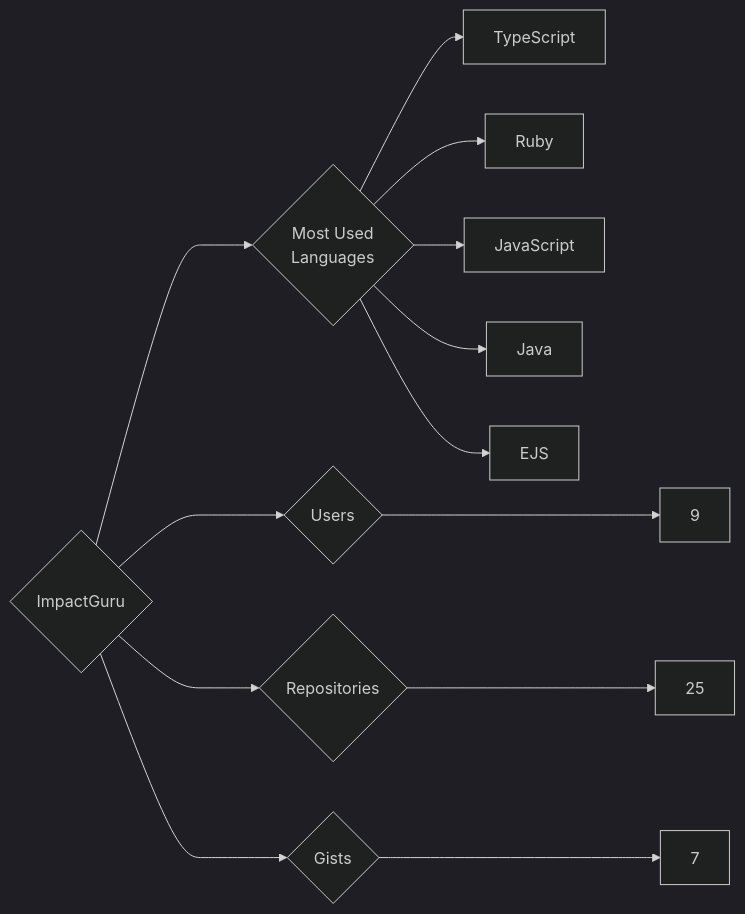
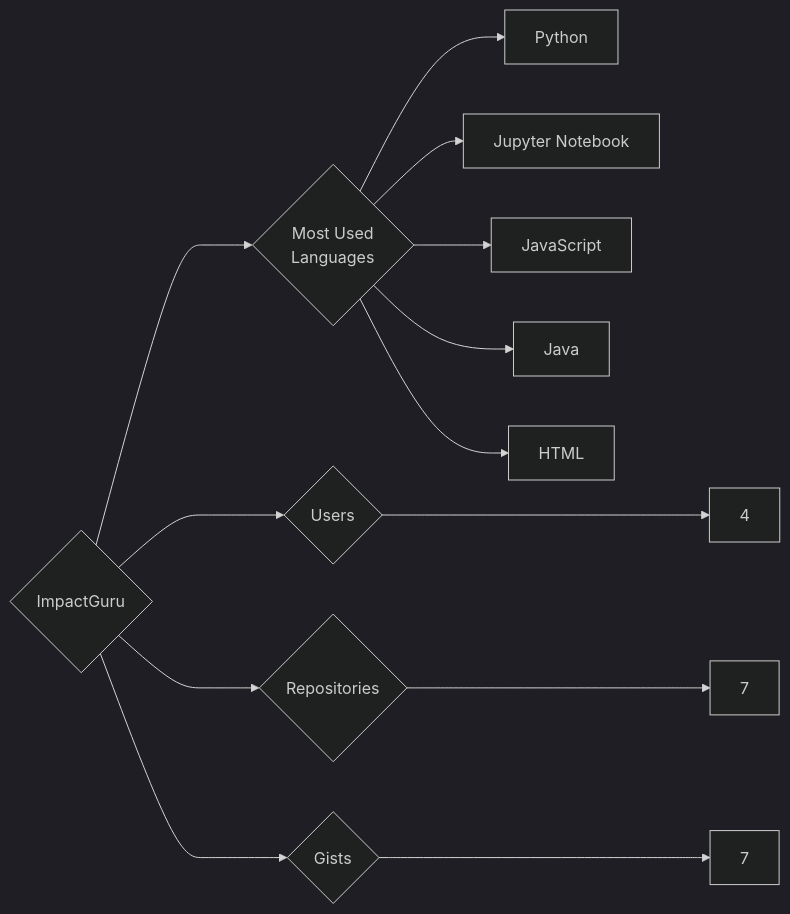
One commit to trickest/insiders changed the diagram in targets/ImpactGuru/README.md. Above: the diagram before and after it, drawn with Mermaid (dark theme). The commit also changed 916 other files, not shown here.

````diff
--- a/targets/ImpactGuru/README.md
+++ b/targets/ImpactGuru/README.md
@@ -3,13 +3,13 @@
 ```mermaid
 graph LR
 COMPANY_NAME{ImpactGuru}
-COMPANY_NAME ---> U{Users} ---> UN[9]
-COMPANY_NAME ---> R{Repositories} ---> RN[25]
+COMPANY_NAME ---> U{Users} ---> UN[4]
+COMPANY_NAME ---> R{Repositories} ---> RN[7]
 COMPANY_NAME ---> G{Gists} ---> GN[7]
 COMPANY_NAME ---> ML{Most Used<br>Languages}
-ML --> TypeScript[TypeScript]
-ML --> Ruby[Ruby]
+ML --> Python[Python]
+ML --> Jupyter_Notebook[Jupyter Notebook]
 ML --> JavaScript[JavaScript]
 ML --> Java[Java]
-ML --> EJS[EJS]
+ML --> HTML[HTML]
 ```
````
